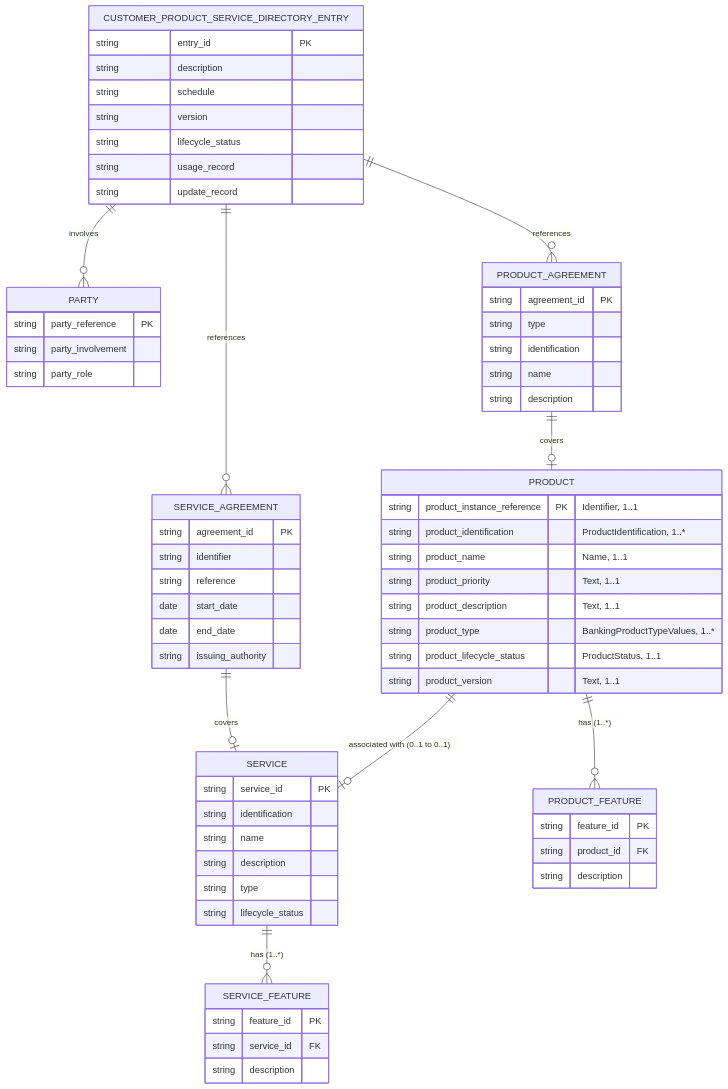
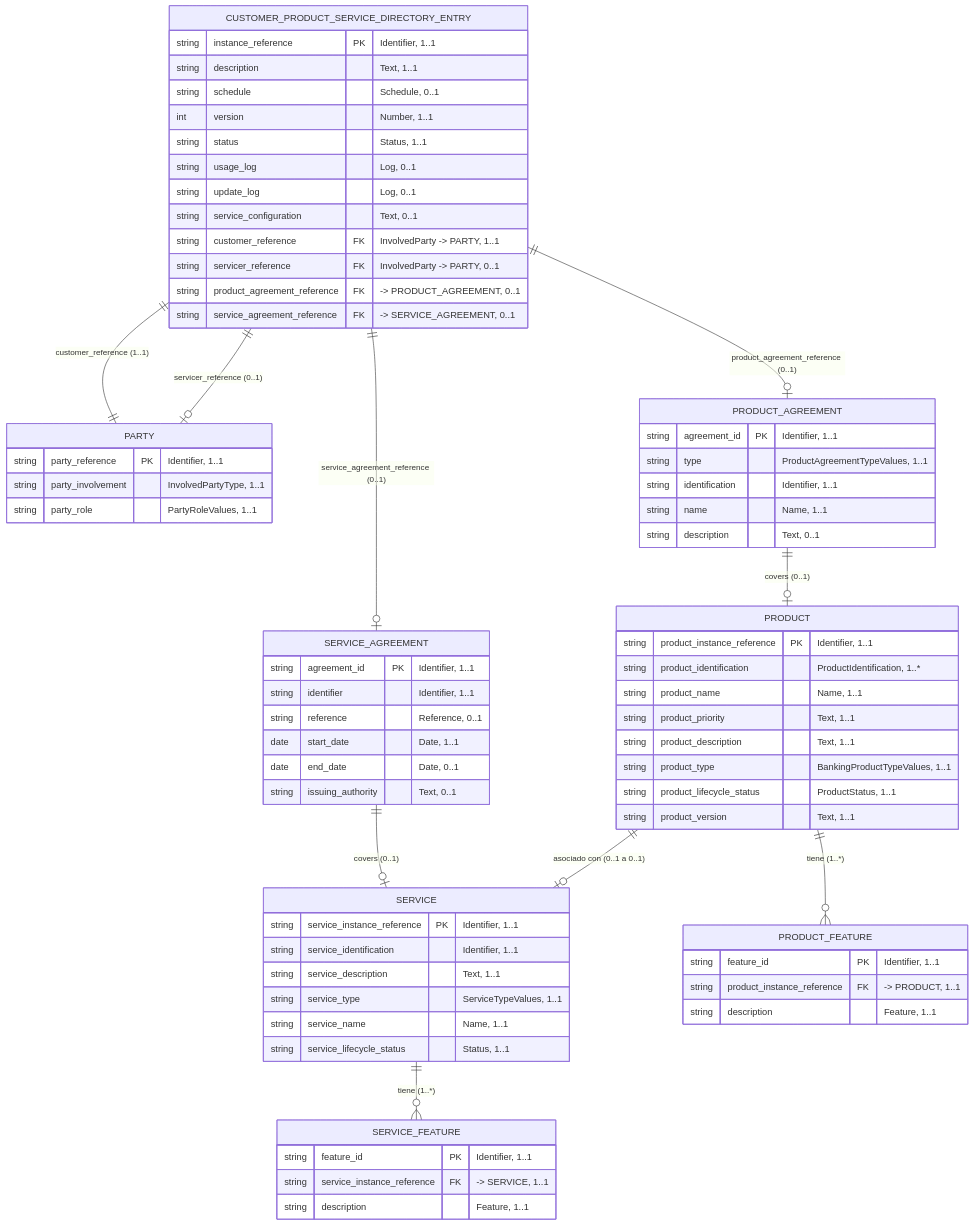
One commit to junior5783/BIAN changed the diagram in customer-product-service-directory-db-diagram.md. Above: the diagram before and after it, drawn with Mermaid. The commit also changed other lines of this file, not shown here.

````diff
--- a/customer-product-service-directory-db-diagram.md
+++ b/customer-product-service-directory-db-diagram.md
@@ -10,76 +10,82 @@
 ```mermaid
 erDiagram
     CUSTOMER_PRODUCT_SERVICE_DIRECTORY_ENTRY {
-        string entry_id PK
-        string description
-        string schedule
-        string version
-        string lifecycle_status
-        string usage_record
-        string update_record
+        string instance_reference PK "Identifier, 1..1"
+        string description "Text, 1..1"
+        string schedule "Schedule, 0..1"
+        int version "Number, 1..1"
+        string status "Status, 1..1"
+        string usage_log "Log, 0..1"
+        string update_log "Log, 0..1"
+        string service_configuration "Text, 0..1"
+        string customer_reference FK "InvolvedParty -> PARTY, 1..1"
+        string servicer_reference FK "InvolvedParty -> PARTY, 0..1"
+        string product_agreement_reference FK "-> PRODUCT_AGREEMENT, 0..1"
+        string service_agreement_reference FK "-> SERVICE_AGREEMENT, 0..1"
     }
 
     PARTY {
-        string party_reference PK
-        string party_involvement
-        string party_role
+        string party_reference PK "Identifier, 1..1"
+        string party_involvement "InvolvedPartyType, 1..1"
+        string party_role "PartyRoleValues, 1..1"
     }
 
     PRODUCT_AGREEMENT {
-        string agreement_id PK
-        string type
-        string identification
-        string name
-        string description
+        string agreement_id PK "Identifier, 1..1"
+        string type "ProductAgreementTypeValues, 1..1"
+        string identification "Identifier, 1..1"
+        string name "Name, 1..1"
+        string description "Text, 0..1"
     }
 
     SERVICE_AGREEMENT {
-        string agreement_id PK
-        string identifier
-        string reference
-        date start_date
-        date end_date
-        string issuing_authority
+        string agreement_id PK "Identifier, 1..1"
+        string identifier "Identifier, 1..1"
+        string reference "Reference, 0..1"
+        date start_date "Date, 1..1"
+        date end_date "Date, 0..1"
+        string issuing_authority "Text, 0..1"
     }
 
     PRODUCT {
         string product_instance_reference PK "Identifier, 1..1"
         string product_identification "ProductIdentification, 1..*"
         string product_name "Name, 1..1"
         string product_priority "Text, 1..1"
         string product_description "Text, 1..1"
-        string product_type "BankingProductTypeValues, 1..*"
+        string product_type "BankingProductTypeValues, 1..1"
         string product_lifecycle_status "ProductStatus, 1..1"
         string product_version "Text, 1..1"
     }
 
     SERVICE {
-        string service_id PK
-        string identification
-        string name
-        string description
-        string type
-        string lifecycle_status
+        string service_instance_reference PK "Identifier, 1..1"
+        string service_identification "Identifier, 1..1"
+        string service_description "Text, 1..1"
+        string service_type "ServiceTypeValues, 1..1"
+        string service_name "Name, 1..1"
+        string service_lifecycle_status "Status, 1..1"
     }
 
     PRODUCT_FEATURE {
-        string feature_id PK
-        string product_id FK
-        string description
+        string feature_id PK "Identifier, 1..1"
+        string product_instance_reference FK "-> PRODUCT, 1..1"
+        string description "Feature, 1..1"
     }
 
     SERVICE_FEATURE {
-        string feature_id PK
-        string service_id FK
-        string description
+        string feature_id PK "Identifier, 1..1"
+        string service_instance_reference FK "-> SERVICE, 1..1"
+        string description "Feature, 1..1"
     }
 
-    CUSTOMER_PRODUCT_SERVICE_DIRECTORY_ENTRY ||--o{ PARTY : "involves"
-    CUSTOMER_PRODUCT_SERVICE_DIRECTORY_ENTRY ||--o{ PRODUCT_AGREEMENT : "references"
-    CUSTOMER_PRODUCT_SERVICE_DIRECTORY_ENTRY ||--o{ SERVICE_AGREEMENT : "references"
-    PRODUCT_AGREEMENT ||--o| PRODUCT : "covers"
-    SERVICE_AGREEMENT ||--o| SERVICE : "covers"
-    PRODUCT ||--o| SERVICE : "associated with (0..1 to 0..1)"
-    PRODUCT ||--o{ PRODUCT_FEATURE : "has (1..*)"
-    SERVICE ||--o{ SERVICE_FEATURE : "has (1..*)"
+    CUSTOMER_PRODUCT_SERVICE_DIRECTORY_ENTRY ||--|| PARTY : "customer_reference (1..1)"
+    CUSTOMER_PRODUCT_SERVICE_DIRECTORY_ENTRY ||--o| PARTY : "servicer_reference (0..1)"
+    CUSTOMER_PRODUCT_SERVICE_DIRECTORY_ENTRY ||--o| PRODUCT_AGREEMENT : "product_agreement_reference (0..1)"
+    CUSTOMER_PRODUCT_SERVICE_DIRECTORY_ENTRY ||--o| SERVICE_AGREEMENT : "service_agreement_reference (0..1)"
+    PRODUCT_AGREEMENT ||--o| PRODUCT : "covers (0..1)"
+    SERVICE_AGREEMENT ||--o| SERVICE : "covers (0..1)"
+    PRODUCT ||--o| SERVICE : "asociado con (0..1 a 0..1)"
+    PRODUCT ||--o{ PRODUCT_FEATURE : "tiene (1..*)"
+    SERVICE ||--o{ SERVICE_FEATURE : "tiene (1..*)"
 ```
````
